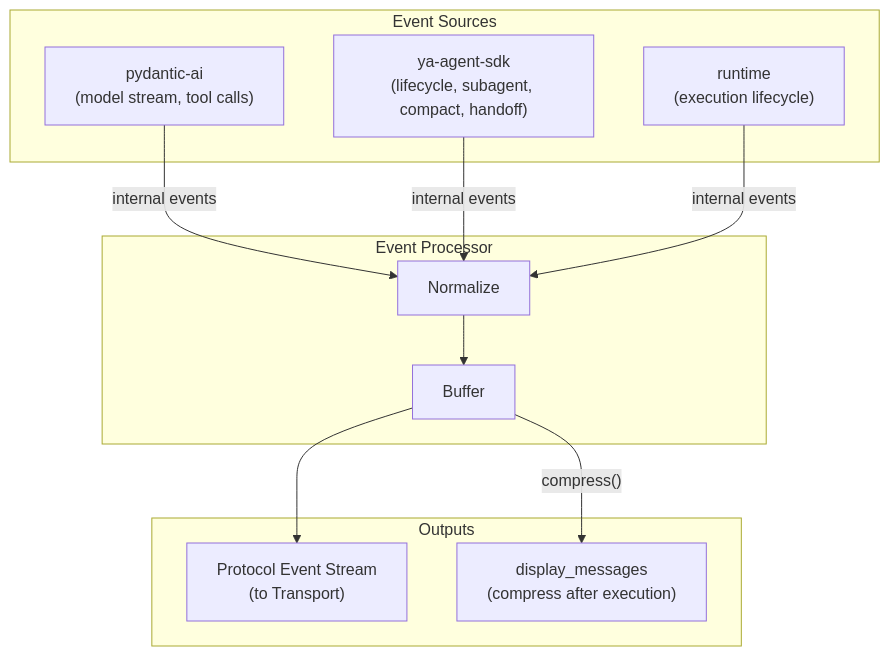
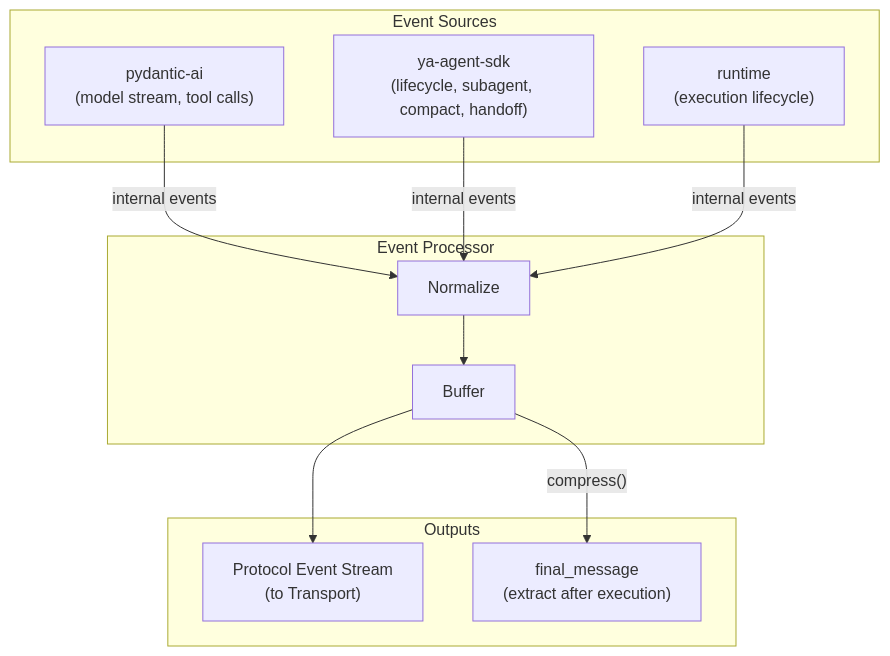
Before and after one commit to Wh1isper/netherbrain: the first of 3 diagrams in spec/agent_runtime/04-events-and-streaming.md, drawn with Mermaid. The commit also changed other lines of this file and 15 other files, not shown here.

````diff
--- a/spec/agent_runtime/04-events-and-streaming.md
+++ b/spec/agent_runtime/04-events-and-streaming.md
@@ -7,23 +7,23 @@
 ```mermaid
 flowchart TB
     subgraph Sources["Event Sources"]
         PAI["pydantic-ai<br/>(model stream, tool calls)"]
         SDK["ya-agent-sdk<br/>(lifecycle, subagent, compact, handoff)"]
         RT["runtime<br/>(execution lifecycle)"]
     end
 
     subgraph EP["Event Processor"]
         NORM["Normalize"]
         BUF["Buffer"]
     end
 
     subgraph Outputs
         PROTO["Protocol Event Stream<br/>(to Transport)"]
-        DM["display_messages<br/>(compress after execution)"]
+        DM["final_message<br/>(extract after execution)"]
     end
 
     PAI & SDK & RT -->|"internal events"| NORM
     NORM --> BUF
     BUF --> PROTO
     BUF -->|"compress()"| DM
 ```
````
